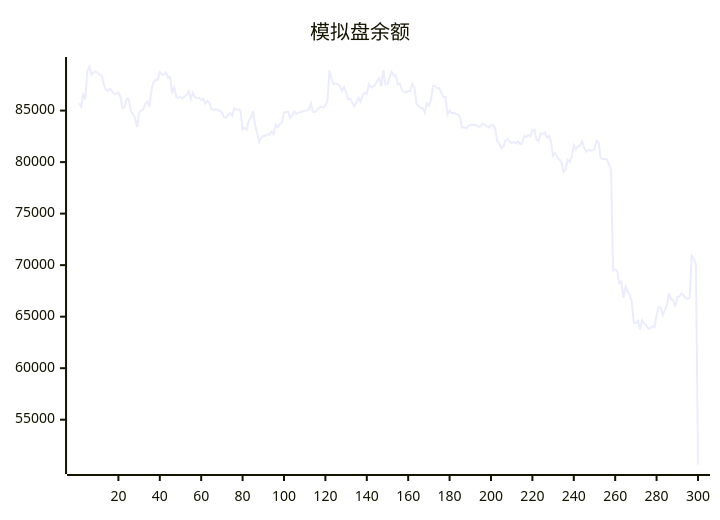
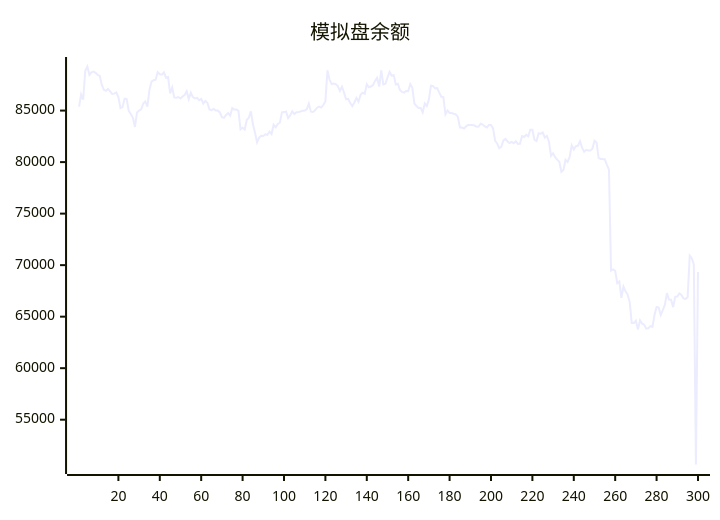
Before and after one commit to aahl/ai-trading: the diagram in README.md, drawn with Mermaid. The commit also changed other lines of this file and 1 other file, not shown here.

````diff
--- a/README.md
+++ b/README.md
@@ -5,5 +5,5 @@
 ```mermaid
 xychart
     title "模拟盘余额"
-    line [85722,85387,86569,86070,88870,89278,88477,88720,88781,88668,88467,88372,87493,87018,86917,87102,86870,86613,86644,86758,86317,85242,85334,86149,86106,84968,84671,84302,83410,84816,85001,85127,85693,85891,85384,87001,87811,87945,88007,88734,88528,88495,88705,88189,88248,86662,87234,86279,86251,86314,86177,86364,86503,86886,86114,86731,86310,86176,86240,86017,86136,85685,85938,85749,85111,85044,85164,85016,85008,84824,84354,84287,84572,84745,84500,85234,85096,85095,84970,83180,83338,83157,84070,84309,84922,83667,82850,81924,82369,82552,82539,82695,82648,82962,82728,83619,83378,83710,83825,84819,84854,84917,84265,84527,84919,84668,84834,84850,84916,84981,85004,85131,85674,84891,84864,85019,85284,85393,85294,85538,85894,88904,88012,87567,87625,87568,87386,86920,87313,86737,86094,86143,85725,85437,85787,86219,85859,86526,86740,86630,87563,87264,87335,87483,87886,88180,87335,88894,87544,87608,88207,88755,88401,88444,87543,87608,87000,86810,86740,86894,86884,87576,87209,85686,85435,85251,85255,84820,85689,85453,86066,87420,87373,87161,87178,86740,86341,86315,84643,85012,84772,84768,84690,84635,84376,83360,83357,83259,83474,83608,83606,83602,83548,83440,83454,83724,83644,83464,83365,83590,83592,83275,82072,81806,81344,81492,82109,82254,82006,81848,81955,81829,82022,81769,81776,82522,82441,82656,82498,83144,83144,82150,82038,82797,82763,82872,82367,82536,81981,80612,80862,80484,80242,80034,79063,79245,80226,80016,80507,81625,81233,81544,81578,82016,81401,81019,81186,81130,81118,81306,82066,81909,80392,80304,80291,80258,79729,79261,69466,69579,69456,68251,68415,66832,67911,67462,67144,66432,64380,64375,64606,63740,64647,64324,64216,63842,63877,64078,64008,65156,65945,65888,65157,65625,66144,67284,66653,66639,65924,66925,66956,67263,67108,66766,66729,66886,70927,70673,70049,50652]
+    line [85387,86569,86070,88870,89278,88477,88720,88781,88668,88467,88372,87493,87018,86917,87102,86870,86613,86644,86758,86317,85242,85334,86149,86106,84968,84671,84302,83410,84816,85001,85127,85693,85891,85384,87001,87811,87945,88007,88734,88528,88495,88705,88189,88248,86662,87234,86279,86251,86314,86177,86364,86503,86886,86114,86731,86310,86176,86240,86017,86136,85685,85938,85749,85111,85044,85164,85016,85008,84824,84354,84287,84572,84745,84500,85234,85096,85095,84970,83180,83338,83157,84070,84309,84922,83667,82850,81924,82369,82552,82539,82695,82648,82962,82728,83619,83378,83710,83825,84819,84854,84917,84265,84527,84919,84668,84834,84850,84916,84981,85004,85131,85674,84891,84864,85019,85284,85393,85294,85538,85894,88904,88012,87567,87625,87568,87386,86920,87313,86737,86094,86143,85725,85437,85787,86219,85859,86526,86740,86630,87563,87264,87335,87483,87886,88180,87335,88894,87544,87608,88207,88755,88401,88444,87543,87608,87000,86810,86740,86894,86884,87576,87209,85686,85435,85251,85255,84820,85689,85453,86066,87420,87373,87161,87178,86740,86341,86315,84643,85012,84772,84768,84690,84635,84376,83360,83357,83259,83474,83608,83606,83602,83548,83440,83454,83724,83644,83464,83365,83590,83592,83275,82072,81806,81344,81492,82109,82254,82006,81848,81955,81829,82022,81769,81776,82522,82441,82656,82498,83144,83144,82150,82038,82797,82763,82872,82367,82536,81981,80612,80862,80484,80242,80034,79063,79245,80226,80016,80507,81625,81233,81544,81578,82016,81401,81019,81186,81130,81118,81306,82066,81909,80392,80304,80291,80258,79729,79261,69466,69579,69456,68251,68415,66832,67911,67462,67144,66432,64380,64375,64606,63740,64647,64324,64216,63842,63877,64078,64008,65156,65945,65888,65157,65625,66144,67284,66653,66639,65924,66925,66956,67263,67108,66766,66729,66886,70927,70673,70049,50652,69334]
 ```
````
